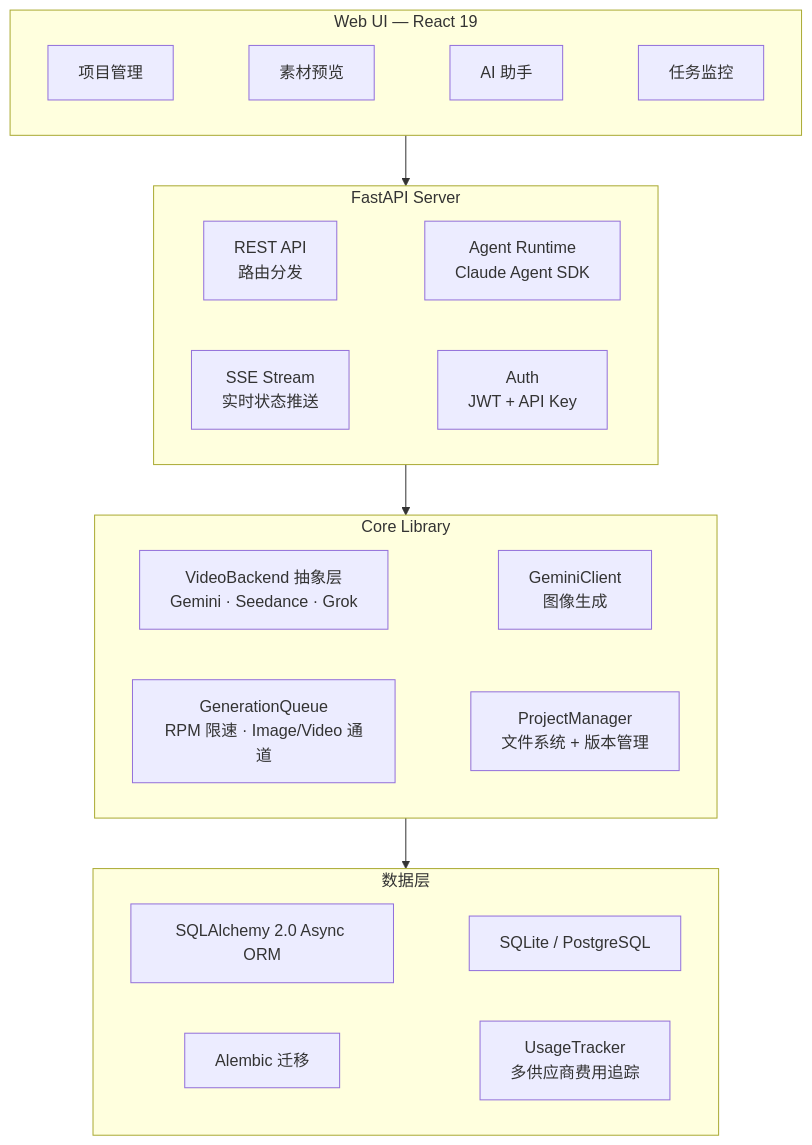
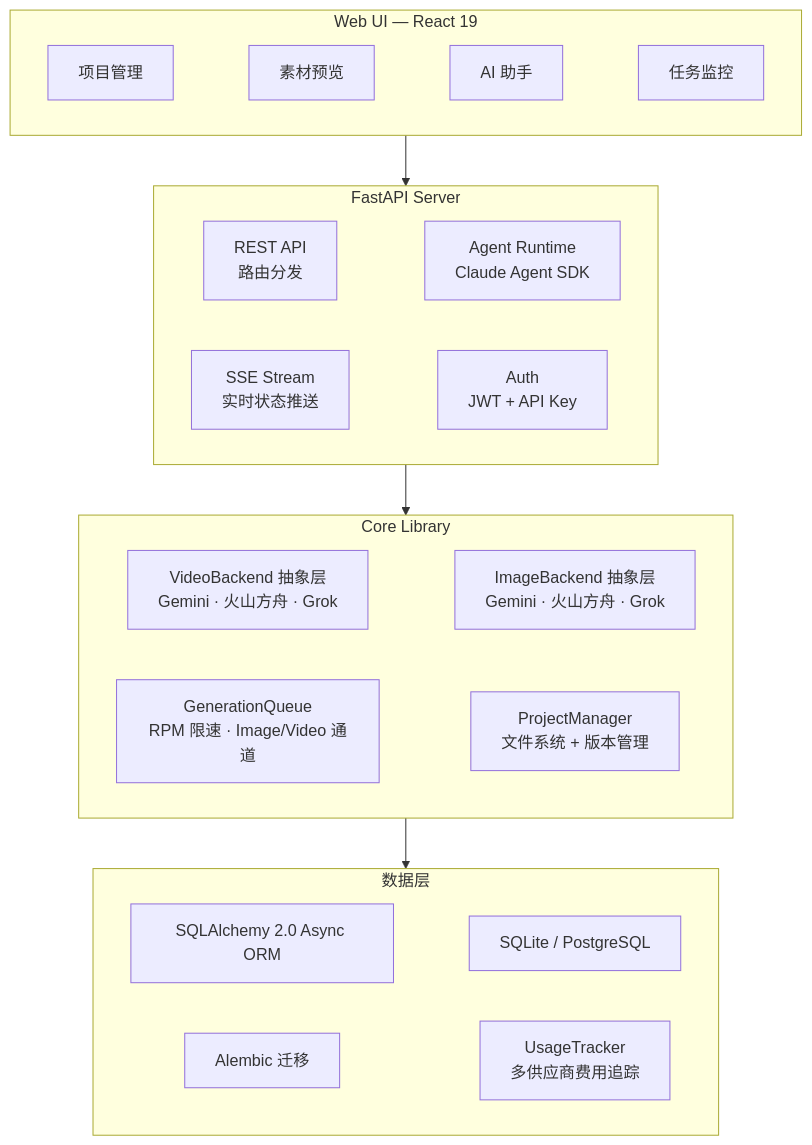
The third of 3 diagrams in README.md (huiyang0325/C301), drawn with Mermaid before and after one commit. The commit also changed other lines of this file, not shown here.

First line of the commit message:
docs: 更新 README 反映图片多供应商集成，统一供应商名为火山方舟

````diff
--- a/README.md
+++ b/README.md
@@ -208,23 +216,23 @@
 ```mermaid
 flowchart TB
     subgraph UI["Web UI — React 19"]
         U1["项目管理"] ~~~ U2["素材预览"] ~~~ U3["AI 助手"] ~~~ U4["任务监控"]
     end
 
     subgraph Server["FastAPI Server"]
         S1["REST API<br/>路由分发"] ~~~ S2["Agent Runtime<br/>Claude Agent SDK"]
         S3["SSE Stream<br/>实时状态推送"] ~~~ S4["Auth<br/>JWT + API Key"]
     end
 
     subgraph Core["Core Library"]
-        C1["VideoBackend 抽象层<br/>Gemini · Seedance · Grok"] ~~~ C2["GeminiClient<br/>图像生成"]
+        C1["VideoBackend 抽象层<br/>Gemini · 火山方舟 · Grok"] ~~~ C2["ImageBackend 抽象层<br/>Gemini · 火山方舟 · Grok"]
         C3["GenerationQueue<br/>RPM 限速 · Image/Video 通道"] ~~~ C4["ProjectManager<br/>文件系统 + 版本管理"]
     end
 
     subgraph Data["数据层"]
         D1["SQLAlchemy 2.0 Async ORM"] ~~~ D2["SQLite / PostgreSQL"]
         D3["Alembic 迁移"] ~~~ D4["UsageTracker<br/>多供应商费用追踪"]
     end
 
     UI --> Server --> Core --> Data
 ```
````
